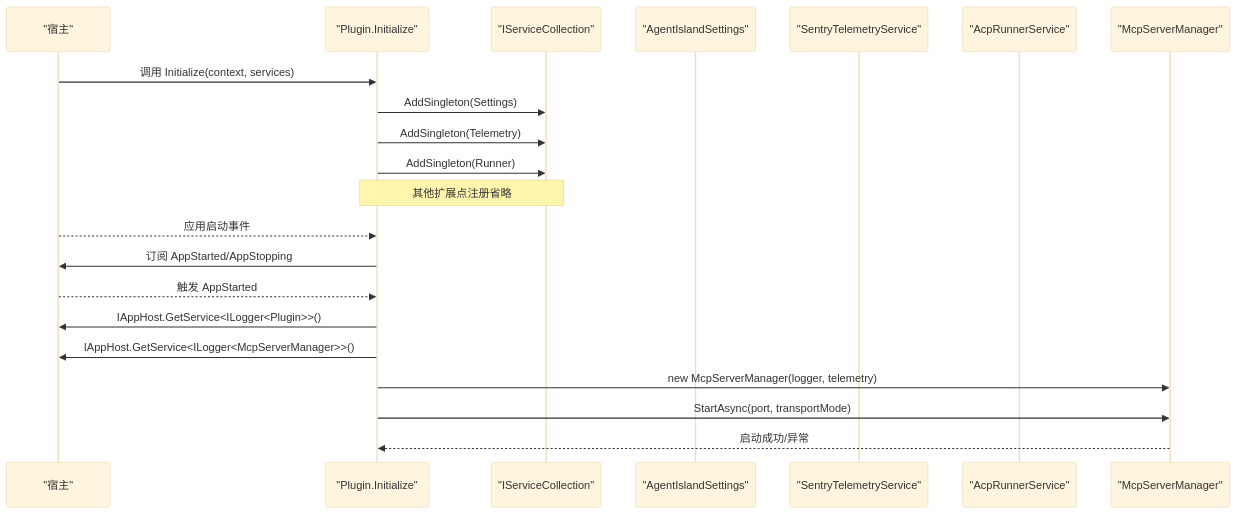
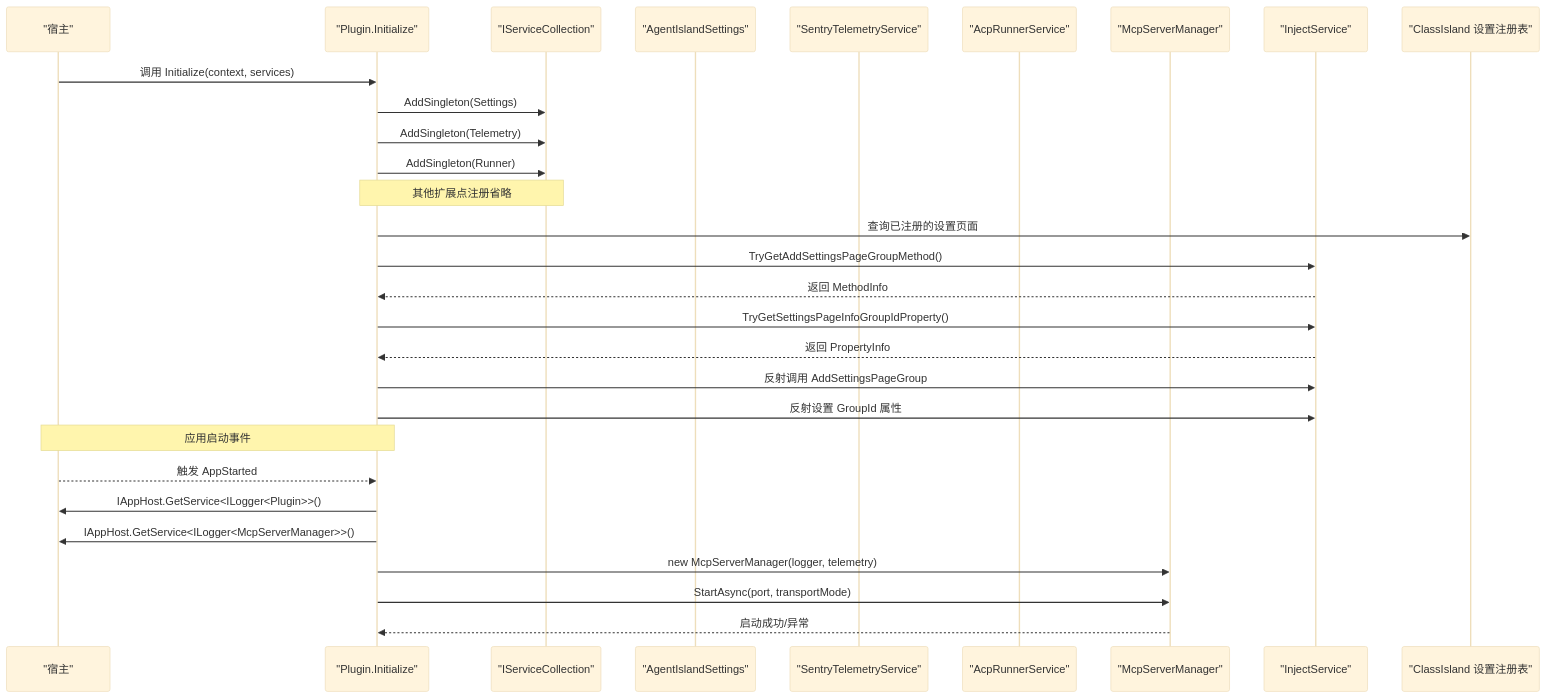
One commit to ShihaoShenDev/AgentIsland changed the second of 5 diagrams in .qoder/repowiki/zh/content/架构设计/依赖注入容器.md. Above: the diagram before and after it, drawn with Mermaid (base theme). The commit also changed other lines of this file and 31 other files, not shown here.

````diff
--- a/.qoder/repowiki/zh/content/架构设计/依赖注入容器.md
+++ b/.qoder/repowiki/zh/content/架构设计/依赖注入容器.md
@@ -75,23 +97,31 @@
 ```mermaid
 sequenceDiagram
 participant Host as "宿主"
 participant Plugin as "Plugin.Initialize"
 participant DI as "IServiceCollection"
 participant Settings as "AgentIslandSettings"
 participant Telemetry as "SentryTelemetryService"
 participant Runner as "AcpRunnerService"
 participant Manager as "McpServerManager"
+participant InjectSvc as "InjectService"
+participant Registry as "ClassIsland 设置注册表"
 Host->>Plugin : 调用 Initialize(context, services)
 Plugin->>DI : AddSingleton(Settings)
 Plugin->>DI : AddSingleton(Telemetry)
 Plugin->>DI : AddSingleton(Runner)
 Note over Plugin,DI : 其他扩展点注册省略
-Host-->>Plugin : 应用启动事件
-Plugin->>Host : 订阅 AppStarted/AppStopping
+Plugin->>Registry : 查询已注册的设置页面
+Plugin->>InjectSvc : TryGetAddSettingsPageGroupMethod()
+InjectSvc-->>Plugin : 返回 MethodInfo
+Plugin->>InjectSvc : TryGetSettingsPageInfoGroupIdProperty()
+InjectSvc-->>Plugin : 返回 PropertyInfo
+Plugin->>InjectSvc : 反射调用 AddSettingsPageGroup
+Plugin->>InjectSvc : 反射设置 GroupId 属性
+Note over Plugin,Host : 应用启动事件
 Host-->>Plugin : 触发 AppStarted
 Plugin->>Host : IAppHost.GetService<ILogger<Plugin>>()
 Plugin->>Host : IAppHost.GetService<ILogger<McpServerManager>>()
 Plugin->>Manager : new McpServerManager(logger, telemetry)
 Plugin->>Manager : StartAsync(port, transportMode)
 Manager-->>Plugin : 启动成功/异常
 ```
````
